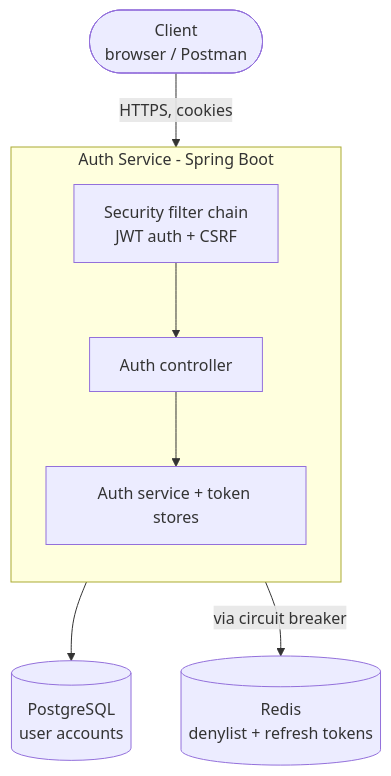
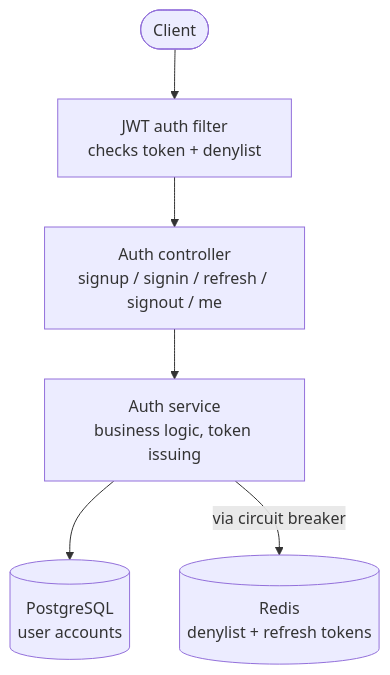
One commit to nethunirajapakse/sawiya-auth-service changed the diagram in README.md. Above: the diagram before and after it, drawn with Mermaid.

Commit message:
Simplify flowchart in README for Auth Service

````diff
--- a/README.md
+++ b/README.md
@@ -22,19 +22,13 @@
 ```mermaid
 flowchart TD
-    Client(["Client<br/>browser / Postman"])
-
-    subgraph App["Auth Service - Spring Boot"]
-        direction TB
-        Filters["Security filter chain<br/>JWT auth + CSRF"]
-        Controller["Auth controller"]
-        Service["Auth service + token stores"]
-        Filters --> Controller --> Service
-    end
-
+    Client(["Client"])
+    Filter["JWT auth filter<br/>checks token + denylist"]
+    Controller["Auth controller<br/>signup / signin / refresh / signout / me"]
+    Service["Auth service<br/>business logic, token issuing"]
     Postgres[("PostgreSQL<br/>user accounts")]
     Redis[("Redis<br/>denylist + refresh tokens")]
 
-    Client -- "HTTPS, cookies" --> Filters
+    Client --> Filter --> Controller --> Service
     Service --> Postgres
-    App -- "via circuit breaker" --> Redis
+    Service -- "via circuit breaker" --> Redis
 ```
````
